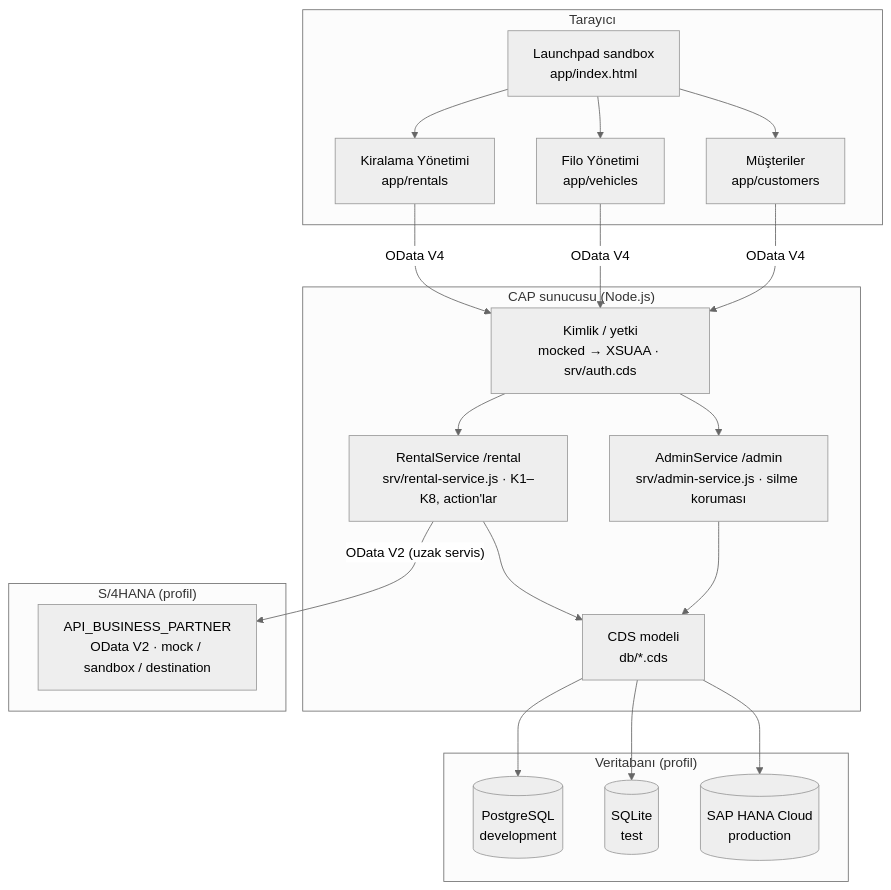
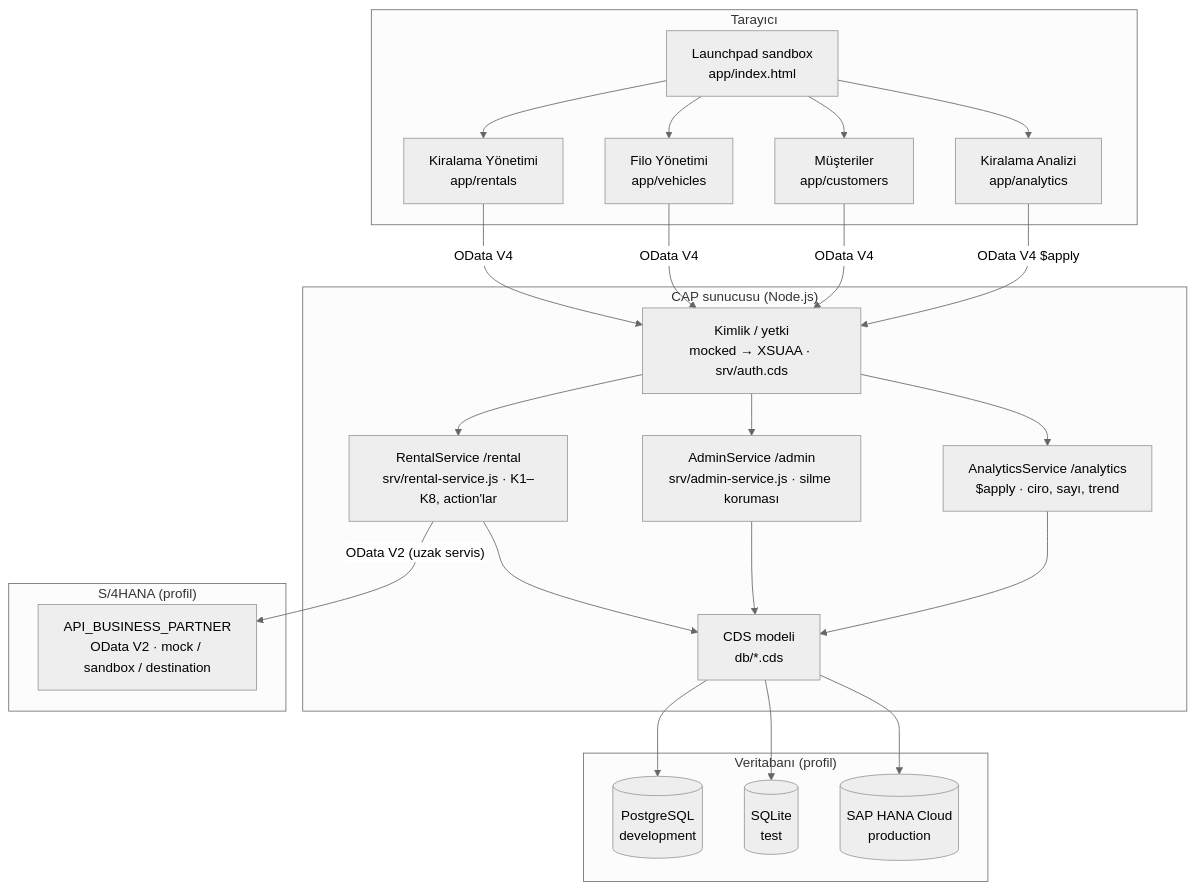
Before and after one commit to ertugrulcelikgpt/AracKiralama: the first of 6 diagrams in docs/mimari.md, drawn with Mermaid (neutral theme). The commit also changed other lines of this file and 26 other files, not shown here.

First line of the commit message:
feat(analytics): add AnalyticsService and analytical list page

````diff
--- a/docs/mimari.md
+++ b/docs/mimari.md
@@ -13,31 +13,34 @@
 ```mermaid
 flowchart TB
   subgraph Tarayici["Tarayıcı"]
     FLP["Launchpad sandbox<br/>app/index.html"]
     UIR["Kiralama Yönetimi<br/>app/rentals"]
     UIV["Filo Yönetimi<br/>app/vehicles"]
     UIC["Müşteriler<br/>app/customers"]
+    UIA["Kiralama Analizi<br/>app/analytics"]
   end
   subgraph CAP["CAP sunucusu (Node.js)"]
     AUTH["Kimlik / yetki<br/>mocked → XSUAA · srv/auth.cds"]
     RS["RentalService /rental<br/>srv/rental-service.js · K1–K8, action'lar"]
     AS["AdminService /admin<br/>srv/admin-service.js · silme koruması"]
+    AN["AnalyticsService /analytics<br/>$apply · ciro, sayı, trend"]
     MODEL["CDS modeli<br/>db/*.cds"]
   end
   subgraph S4["S/4HANA (profil)"]
     BP["API_BUSINESS_PARTNER<br/>OData V2 · mock / sandbox / destination"]
   end
   subgraph DB["Veritabanı (profil)"]
     PG[("PostgreSQL<br/>development")]
     SQ[("SQLite<br/>test")]
     HA[("SAP HANA Cloud<br/>production")]
   end
-  FLP --> UIR & UIV & UIC
+  FLP --> UIR & UIV & UIC & UIA
   UIR -- "OData V4" --> AUTH
   UIV -- "OData V4" --> AUTH
   UIC -- "OData V4" --> AUTH
-  AUTH --> RS & AS
-  RS & AS --> MODEL
+  UIA -- "OData V4 $apply" --> AUTH
+  AUTH --> RS & AS & AN
+  RS & AS & AN --> MODEL
   MODEL --> PG & SQ & HA
   RS -- "OData V2 (uzak servis)" --> BP
 ```
````
